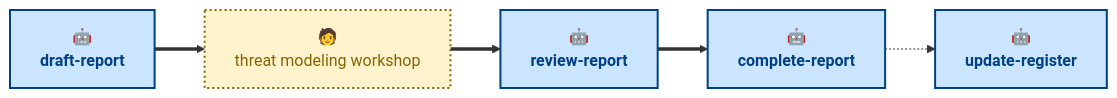
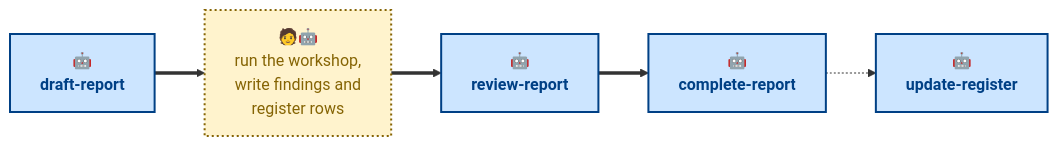
Before and after one commit to kieranpotts/risks: the diagram in .agents/skills/README.md, drawn with Mermaid. The commit also changed other lines of this file and 2 other files, not shown here.

Commit message:
chore: agent skills - various small fixes

````diff
--- a/.agents/skills/README.md
+++ b/.agents/skills/README.md
@@ -25,17 +27,17 @@
 ```mermaid
 flowchart LR
   draft["🤖<br/><b>draft-report</b>"]:::agentic
-  workshop["🧑<br/>threat modeling workshop"]:::anthropic
+  workshop["🧑🤖<br/>run the workshop,<br/>write findings and<br/>register rows"]:::anthropic
   review["🤖<br/><b>review-report</b>"]:::agentic
   complete["🤖<br/><b>complete-report</b>"]:::agentic
   update["🤖<br/><b>update-register</b>"]:::agentic
 
   draft ==> workshop
   workshop ==> review
   review ==> complete
   complete -.-> update
 
   classDef agentic fill:#cce5ff,stroke:#004085,color:#004085,stroke-width:2px
   classDef scripted fill:#e2e3e5,stroke:#4b5157,color:#383d41,stroke-width:2px
   classDef anthropic fill:#fff3cd,stroke:#856404,color:#856404,stroke-width:2px,stroke-dasharray:2 3
 ```
````
